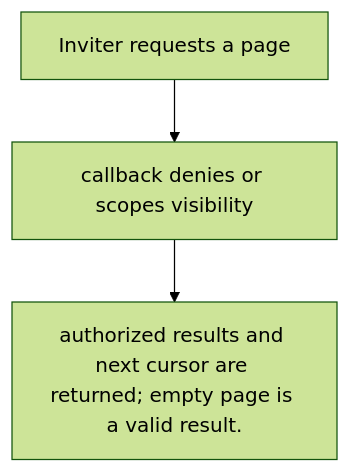
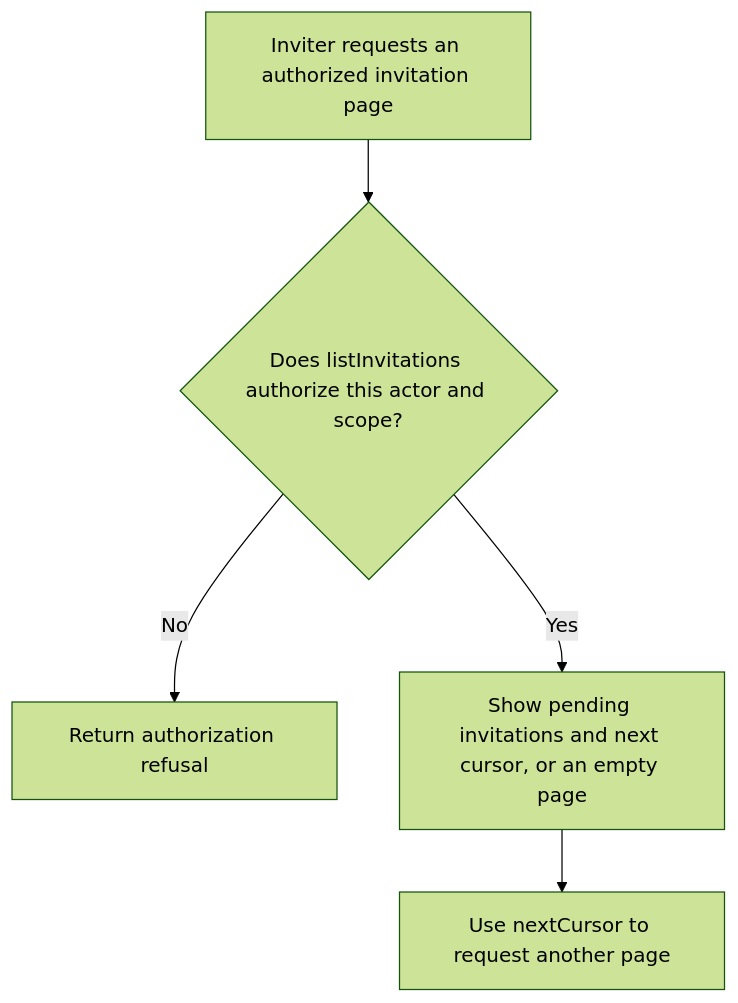
Before and after one commit to Kevinjohn/oss-adonisjs-account-kit: the first of 2 diagrams in user-stories/US-ACCOUNT-10-list-invitations.md, drawn with Mermaid (forest theme). The commit also changed other lines of this file and 17 other files, not shown here.

````diff
--- a/user-stories/US-ACCOUNT-10-list-invitations.md
+++ b/user-stories/US-ACCOUNT-10-list-invitations.md
@@ -20,8 +18,7 @@
 ```mermaid
 flowchart TD
-    U0["Inviter requests a page"]
-    U1["callback denies or scopes visibility"]
-    U0 --> U1
-    U2["authorized results and next cursor are returned; empty page is a valid result."]
-    U1 --> U2
+ A["Inviter requests an authorized invitation page"] --> B{"Does listInvitations authorize this actor and scope?"}
+ B -->|No| C["Return authorization refusal"]
+ B -->|Yes| D["Show pending invitations and next cursor, or an empty page"]
+ D --> E["Use nextCursor to request another page"]
 ```
````
